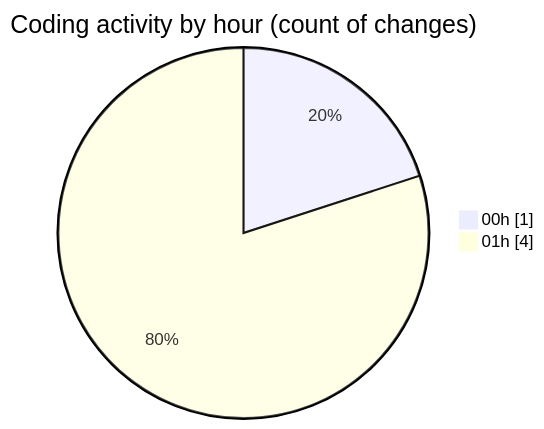
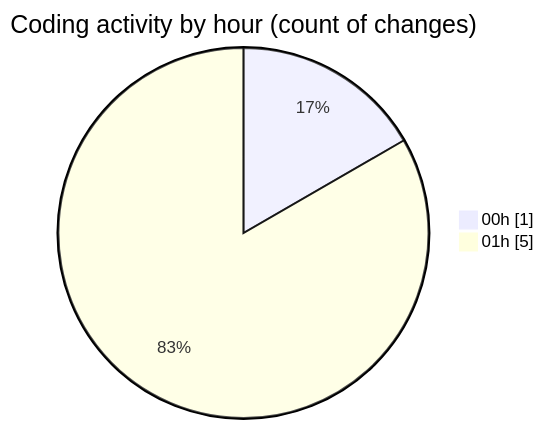
One commit to EIIisD/code-tracking changed the second of 2 diagrams in 2025-08-15/_claude/README.md. Above: the diagram before and after it, drawn with Mermaid. The commit also changed other lines of this file and 1 other file, not shown here.

````diff
--- a/2025-08-15/_claude/README.md
+++ b/2025-08-15/_claude/README.md
@@ -31,6 +32,6 @@
 ```mermaid
 pie showData
 title Coding activity by hour (count of changes)
 "00h" : 1
-"01h" : 4
+"01h" : 5
 ```
````
